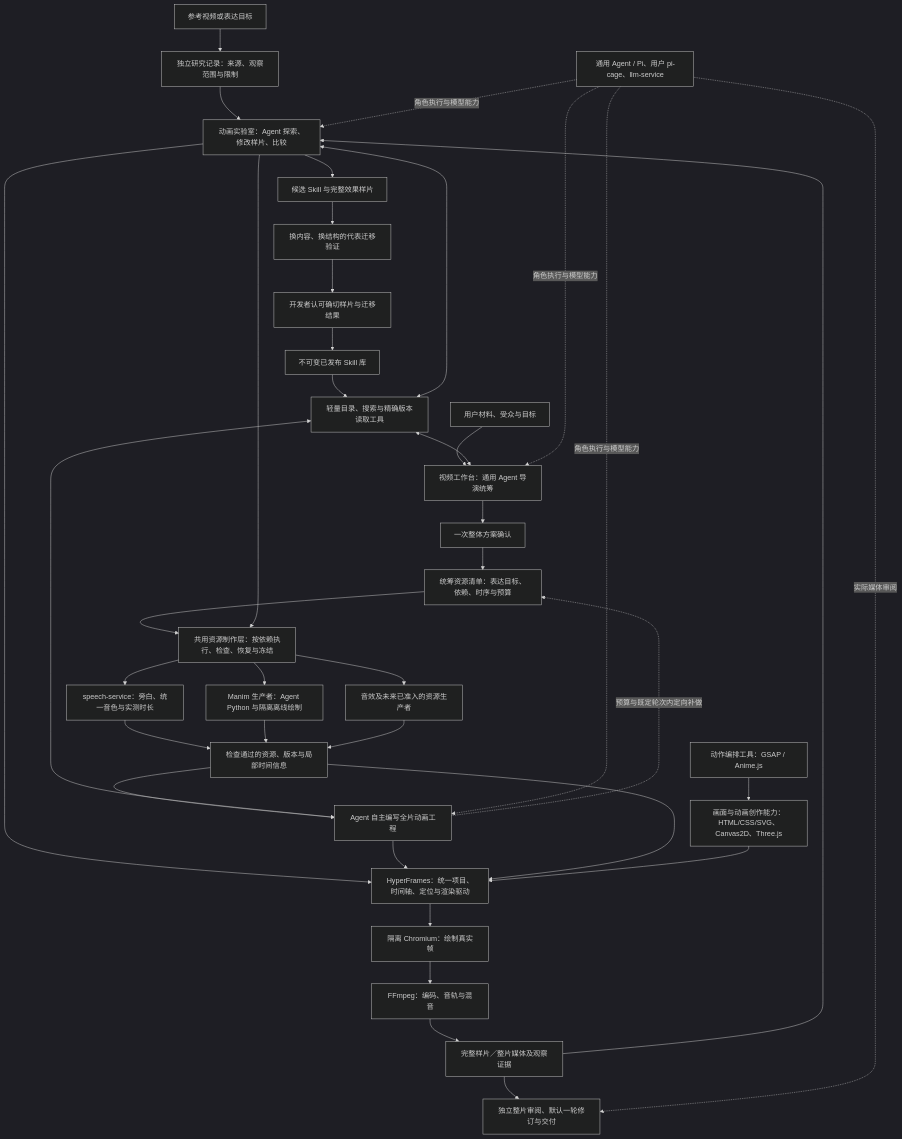
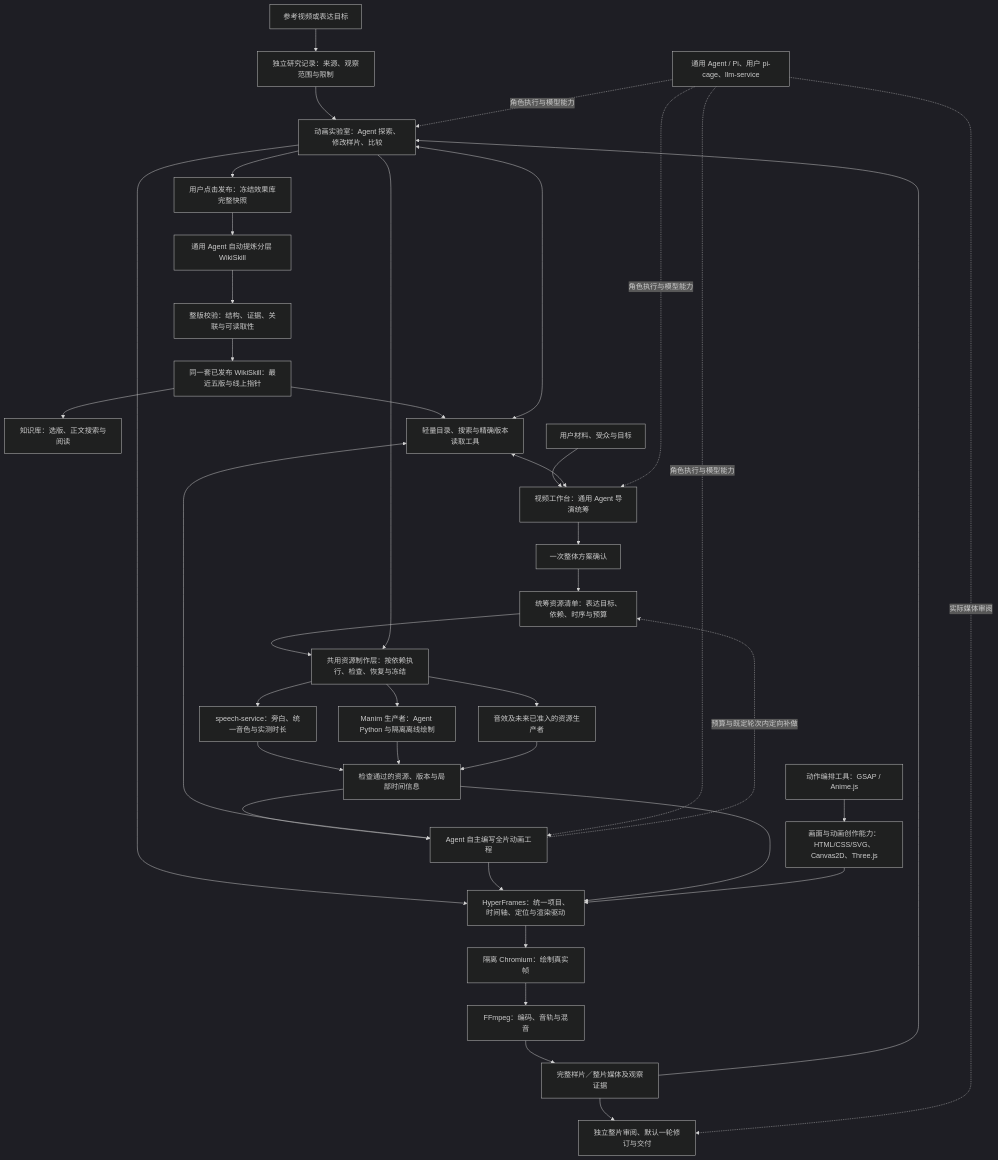
Before and after one commit to zmhhaha/panghu_agent: the diagram in video_workbench/docs/agent-creation-effect-library-plan.md, drawn with Mermaid (dark theme). The commit also changed other lines of this file and 70 other files, not shown here.

Commit message:
feat(video): compile unified WikiSkill releases from effect snapshots

````diff
--- a/video_workbench/docs/agent-creation-effect-library-plan.md
+++ b/video_workbench/docs/agent-creation-effect-library-plan.md
@@ -28,40 +28,41 @@
 ```mermaid
 flowchart TB
     Ref[参考视频或表达目标] --> Research[独立研究记录：来源、观察范围与限制]
     Research --> Lab[动画实验室：Agent 探索、修改样片、比较]
-    Lab --> Candidate[候选 Skill 与完整效果样片]
-    Candidate --> Transfer[换内容、换结构的代表迁移验证]
-    Transfer --> Accept[开发者认可确切样片与迁移结果]
-    Accept --> Registry[不可变已发布 Skill 库]
+    Lab --> Snapshot[用户点击发布：冻结效果库完整快照]
+    Snapshot --> Compile[通用 Agent 自动提炼分层 WikiSkill]
+    Compile --> Check[整版校验：结构、证据、关联与可读取性]
+    Check --> Registry[同一套已发布 WikiSkill：最近五版与线上指针]
+    Registry --> Browse[知识库：选版、正文搜索与阅读]
     Material[用户材料、受众与目标] --> Director[视频工作台：通用 Agent 导演统筹]
     Registry --> Tools[轻量目录、搜索与精确版本读取工具]
     Tools <--> Director
     Director --> Confirm[一次整体方案确认]
     Confirm --> ResourcePlan[统筹资源清单：表达目标、依赖、时序与预算]
     ResourcePlan --> ResourceStage[共用资源制作层：按依赖执行、检查、恢复与冻结]
     Lab --> ResourceStage
     ResourceStage --> Speech[speech-service：旁白、统一音色与实测时长]
     ResourceStage --> Manim[Manim 生产者：Agent Python 与隔离离线绘制]
     ResourceStage --> Producers[音效及未来已准入的资源生产者]
     Speech --> Assets[检查通过的资源、版本与局部时间信息]
     Manim --> Assets
     Producers --> Assets
     Assets --> Create[Agent 自主编写全片动画工程]
     Tools <--> Create
     Tools <--> Lab
     Lab --> HF[HyperFrames：统一项目、时间轴、定位与渲染驱动]
     Create --> HF
     Assets --> HF
     Create -.预算与既定轮次内定向补做.-> ResourcePlan
     Engines[画面与动画创作能力：HTML/CSS/SVG、Canvas2D、Three.js] --> HF
     Motion[动作编排工具：GSAP / Anime.js] --> Engines
     HF --> Pixels[隔离 Chromium：绘制真实帧]
     Pixels --> Encode[FFmpeg：编码、音轨与混音]
     Encode --> Evidence[完整样片／整片媒体及观察证据]
     Evidence --> Lab
     Evidence --> Review[独立整片审阅、默认一轮修订与交付]
     Shared[通用 Agent / Pi、用户 pi-cage、llm-service] -.角色执行与模型能力.-> Lab
     Shared -.角色执行与模型能力.-> Director
     Shared -.角色执行与模型能力.-> Create
     Shared -.实际媒体审阅.-> Review
 ```
````
